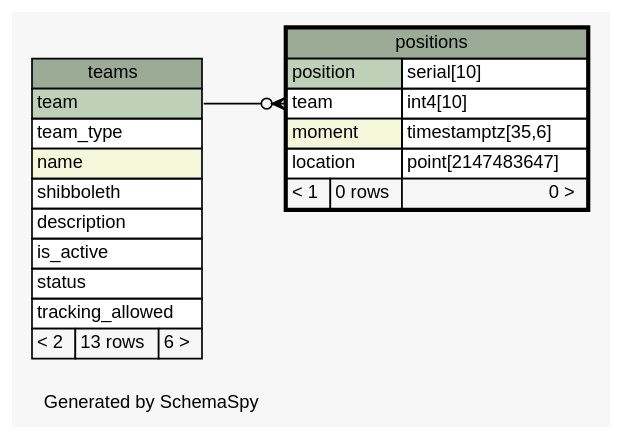
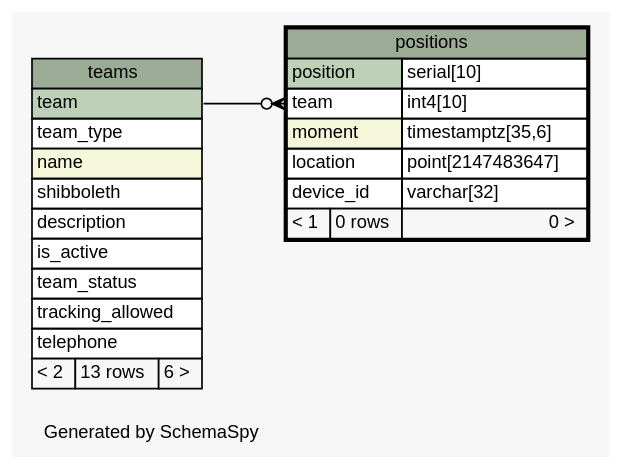
One commit to xmarwin/brazda changed the diagram in Brazda/doc/db/diagrams/positions.1degree.dot. Above: the diagram before and after it, drawn with Graphviz. The commit also changed 100 other files, not shown here.

```diff
--- a/Brazda/doc/db/diagrams/positions.1degree.dot
+++ b/Brazda/doc/db/diagrams/positions.1degree.dot
@@ -1,53 +1,55 @@
 // dot 2.40.1 on Linux 4.11.5-gentoo
 // SchemaSpy rev 590
 digraph "oneDegreeRelationshipsDiagram" {
   graph [
     rankdir="RL"
     bgcolor="#f7f7f7"
     label="\nGenerated by SchemaSpy"
     labeljust="l"
     nodesep="0.18"
     ranksep="0.46"
     fontname="Helvetica"
     fontsize="11"
   ];
   node [
     fontname="Helvetica"
     fontsize="11"
     shape="plaintext"
   ];
   edge [
     arrowsize="0.8"
   ];
   "positions":"team":w -> "teams":"team":e [arrowhead=none dir=back arrowtail=crowodot];
   "positions" [
     label=<
     <TABLE BORDER="2" CELLBORDER="1" CELLSPACING="0" BGCOLOR="#ffffff">
       <TR><TD COLSPAN="3" BGCOLOR="#9bab96" ALIGN="CENTER">positions</TD></TR>
       <TR><TD PORT="position" COLSPAN="2" BGCOLOR="#bed1b8" ALIGN="LEFT">position</TD><TD PORT="position.type" ALIGN="LEFT">serial[10]</TD></TR>
       <TR><TD PORT="team" COLSPAN="2" ALIGN="LEFT">team</TD><TD PORT="team.type" ALIGN="LEFT">int4[10]</TD></TR>
       <TR><TD PORT="moment" COLSPAN="2" BGCOLOR="#f4f7da" ALIGN="LEFT">moment</TD><TD PORT="moment.type" ALIGN="LEFT">timestamptz[35,6]</TD></TR>
       <TR><TD PORT="location" COLSPAN="2" ALIGN="LEFT">location</TD><TD PORT="location.type" ALIGN="LEFT">point[2147483647]</TD></TR>
+      <TR><TD PORT="device_id" COLSPAN="2" ALIGN="LEFT">device_id</TD><TD PORT="device_id.type" ALIGN="LEFT">varchar[32]</TD></TR>
       <TR><TD ALIGN="LEFT" BGCOLOR="#f7f7f7">&lt; 1</TD><TD ALIGN="RIGHT" BGCOLOR="#f7f7f7">0 rows</TD><TD ALIGN="RIGHT" BGCOLOR="#f7f7f7">0 &gt;</TD></TR>
     </TABLE>>
     URL="positions.html"
     tooltip="positions"
   ];
   "teams" [
     label=<
     <TABLE BORDER="0" CELLBORDER="1" CELLSPACING="0" BGCOLOR="#ffffff">
       <TR><TD COLSPAN="3" BGCOLOR="#9bab96" ALIGN="CENTER">teams</TD></TR>
       <TR><TD PORT="team" COLSPAN="3" BGCOLOR="#bed1b8" ALIGN="LEFT">team</TD></TR>
       <TR><TD PORT="team_type" COLSPAN="3" ALIGN="LEFT">team_type</TD></TR>
       <TR><TD PORT="name" COLSPAN="3" BGCOLOR="#f4f7da" ALIGN="LEFT">name</TD></TR>
       <TR><TD PORT="shibboleth" COLSPAN="3" ALIGN="LEFT">shibboleth</TD></TR>
       <TR><TD PORT="description" COLSPAN="3" ALIGN="LEFT">description</TD></TR>
       <TR><TD PORT="is_active" COLSPAN="3" ALIGN="LEFT">is_active</TD></TR>
-      <TR><TD PORT="status" COLSPAN="3" ALIGN="LEFT">status</TD></TR>
+      <TR><TD PORT="team_status" COLSPAN="3" ALIGN="LEFT">team_status</TD></TR>
       <TR><TD PORT="tracking_allowed" COLSPAN="3" ALIGN="LEFT">tracking_allowed</TD></TR>
+      <TR><TD PORT="telephone" COLSPAN="3" ALIGN="LEFT">telephone</TD></TR>
       <TR><TD ALIGN="LEFT" BGCOLOR="#f7f7f7">&lt; 2</TD><TD ALIGN="RIGHT" BGCOLOR="#f7f7f7">13 rows</TD><TD ALIGN="RIGHT" BGCOLOR="#f7f7f7">6 &gt;</TD></TR>
     </TABLE>>
     URL="teams.html"
     tooltip="teams"
   ];
 }
```
